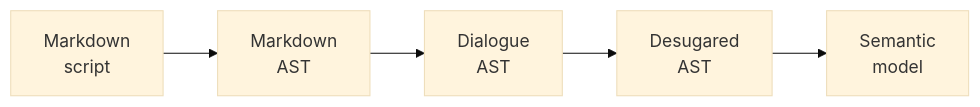
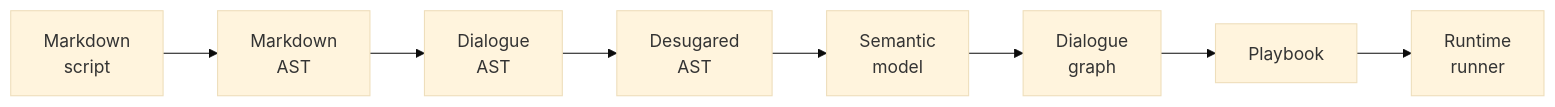
The diagram in README.md (pengzhengyi/dialoguedown), drawn with Mermaid (base theme) before and after one commit. The commit also changed other lines of this file and 11 other files, not shown here.

````diff
--- a/README.md
+++ b/README.md
@@ -59,5 +64,6 @@
 ```mermaid
 flowchart LR
     Src["Markdown<br/>script"] --> MD["Markdown<br/>AST"] --> DA["Dialogue<br/>AST"]
     DA --> DS["Desugared<br/>AST"] --> SM["Semantic<br/>model"]
+    SM --> GR["Dialogue<br/>graph"] --> PB["Playbook"] --> RT["Runtime<br/>runner"]
 ```
````
